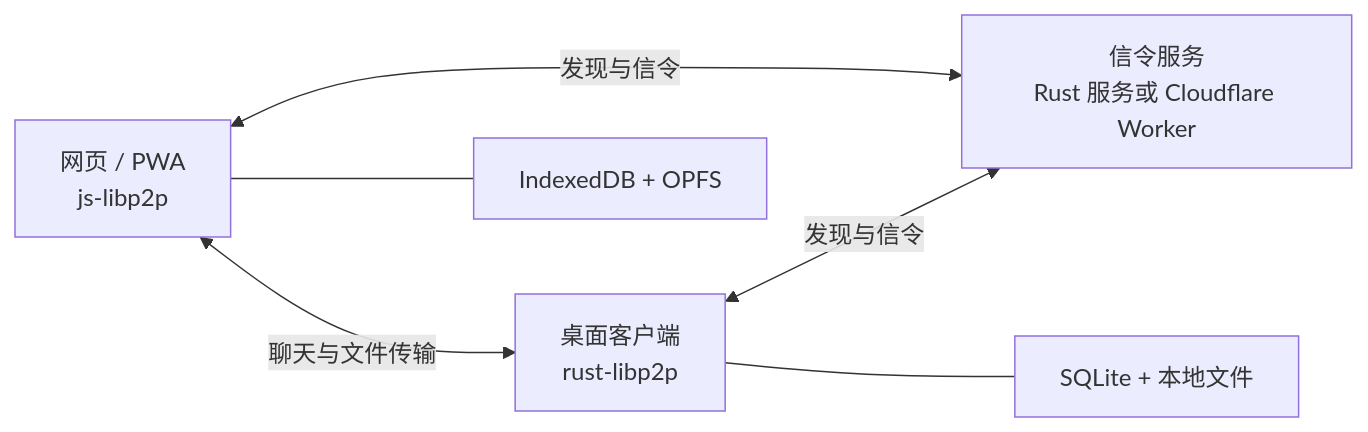
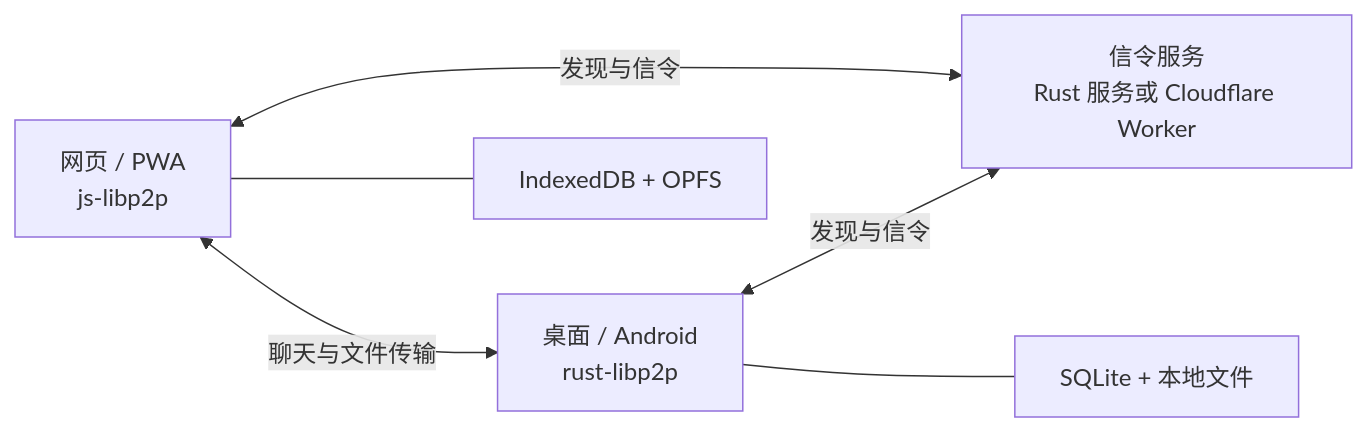
One commit to kuangye-team/ky-im changed the diagram in README.zh.md. Above: the diagram before and after it, drawn with Mermaid. The commit also changed other lines of this file and 197 other files, not shown here.

````diff
--- a/README.zh.md
+++ b/README.zh.md
@@ -21,8 +24,8 @@
 ```mermaid
 flowchart LR
     Browser["网页 / PWA<br/>js-libp2p"] <-->|发现与信令| API["信令服务<br/>Rust 服务或 Cloudflare Worker"]
-    App["桌面客户端<br/>rust-libp2p"] <-->|发现与信令| API
+    App["桌面 / Android<br/>rust-libp2p"] <-->|发现与信令| API
     Browser <-->|聊天与文件传输| App
     Browser --- WebDB["IndexedDB + OPFS"]
     App --- AppDB["SQLite + 本地文件"]
 ```
````
